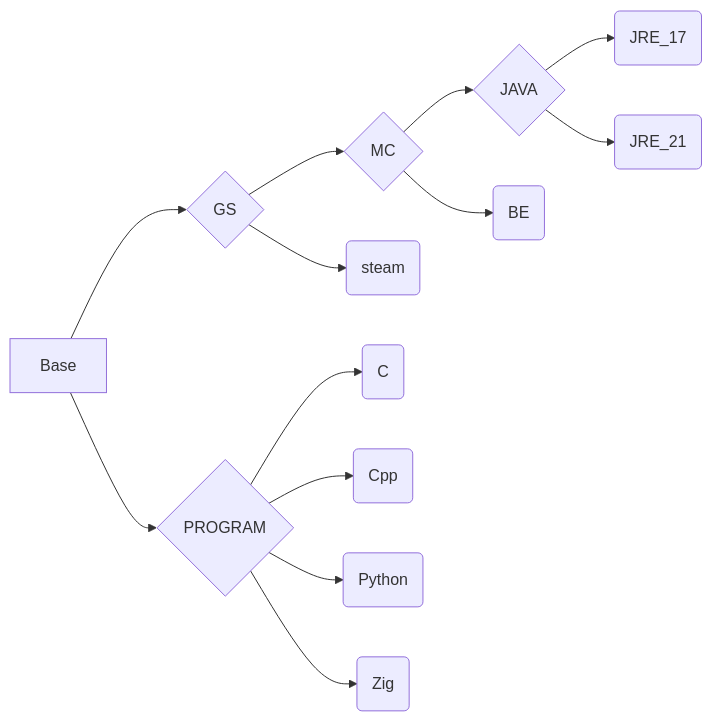
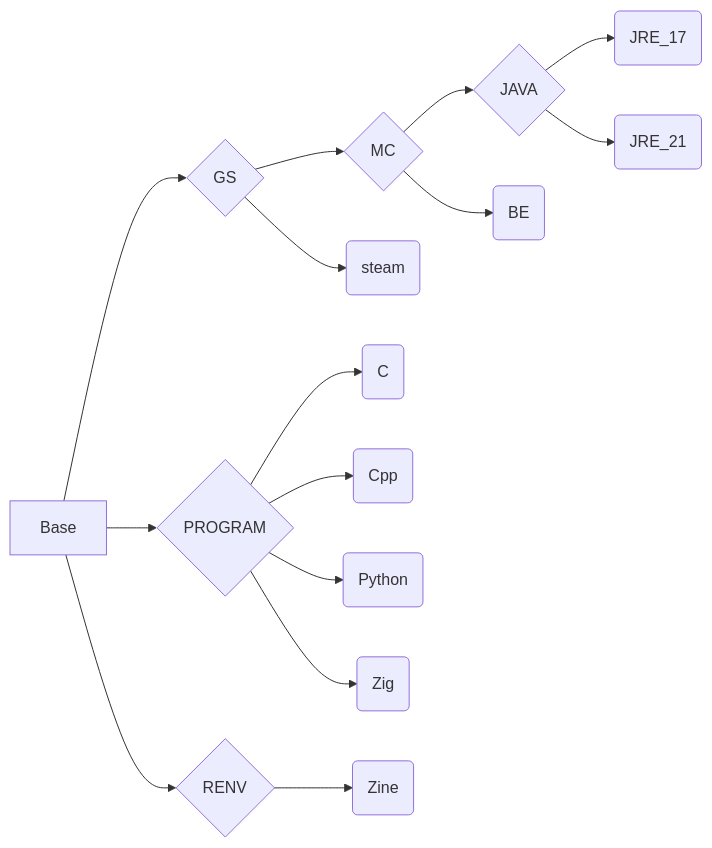
One commit to eoeair/cenv changed the diagram in README.md. Above: the diagram before and after it, drawn with Mermaid. The commit also changed other lines of this file and 3 other files, not shown here.

Commit message:
add renv(zine)

````diff
--- a/README.md
+++ b/README.md
@@ -19,16 +20,19 @@
 ```mermaid
 graph LR
 
 Base-->G{GS}-->GA{MC}
 G-->GB(steam)
 GA{MC}-->GAA{JAVA}
 GA{MC}-->GAB(BE)
 GAA-->GAC(JRE_17)
 GAA-->GAD(JRE_21)
 
 Base-->P{PROGRAM}
 P-->PA(C)
 P-->PB(Cpp)
 P-->PC(Python)
 P-->PD(Zig)
+
+Base-->R{RENV}
+R-->RA(Zine)
 ```
````
